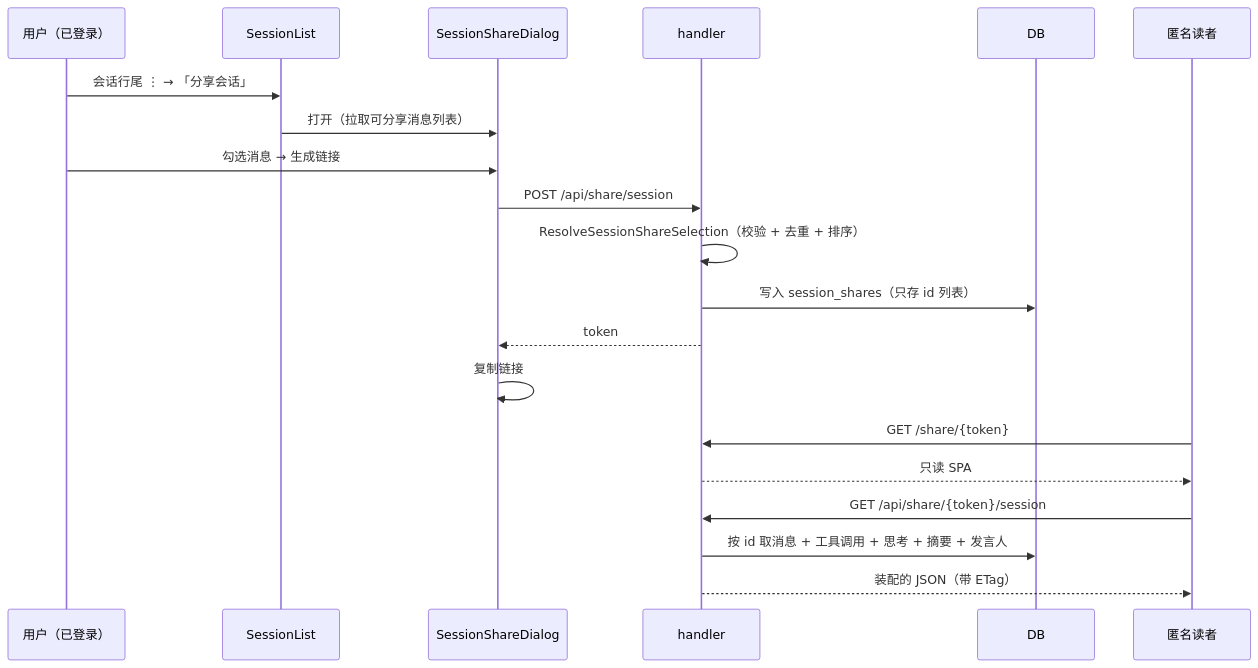
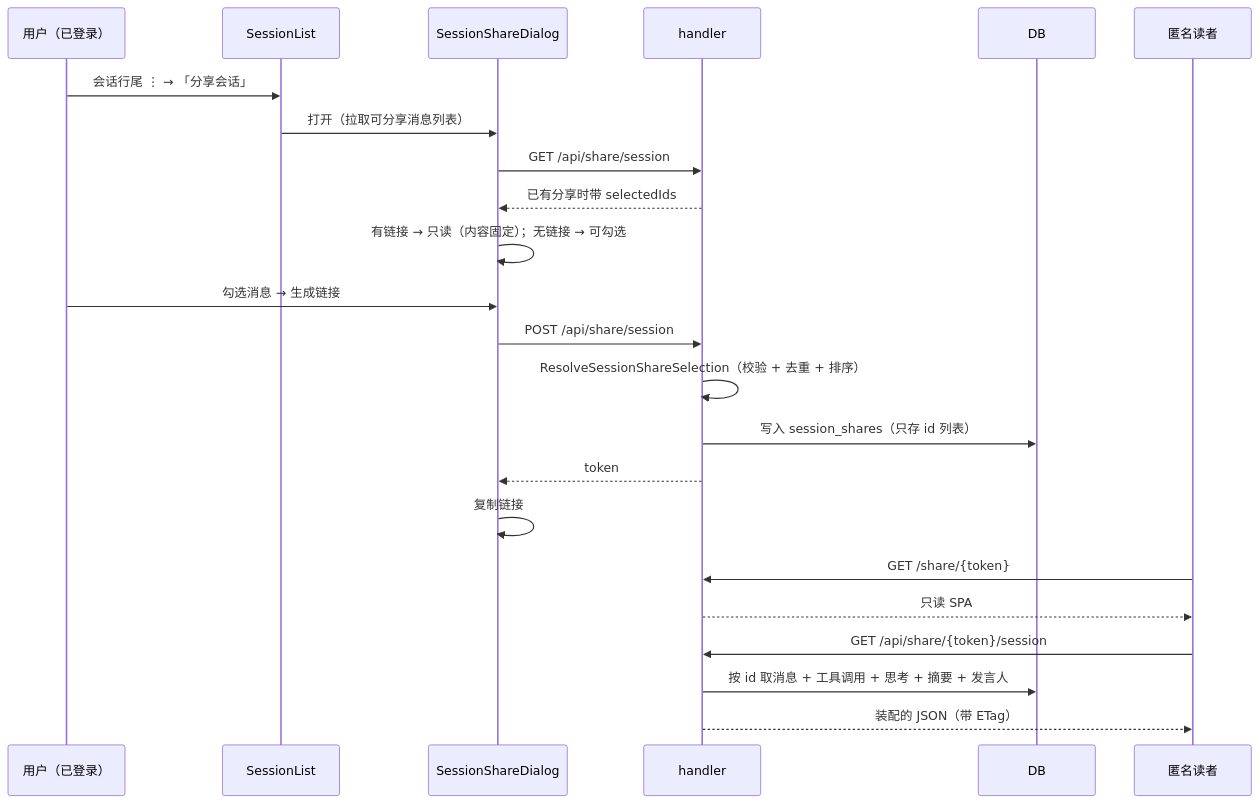
Before and after one commit to clawbench-dev/clawbench: the first of 2 diagrams in docs/spec/features/session-share.md, drawn with Mermaid. The commit also changed other lines of this file and 10 other files, not shown here.

````diff
--- a/docs/spec/features/session-share.md
+++ b/docs/spec/features/session-share.md
@@ -26,24 +26,27 @@
 ```mermaid
 sequenceDiagram
     participant 用户 as 用户（已登录）
     participant List as SessionList
     participant Dialog as SessionShareDialog
     participant handler
     participant DB
     participant 读者 as 匿名读者
 
     用户->>List: 会话行尾 ⋮ → 「分享会话」
     List->>Dialog: 打开（拉取可分享消息列表）
+    Dialog->>handler: GET /api/share/session
+    handler-->>Dialog: 已有分享时带 selectedIds
+    Dialog->>Dialog: 有链接 → 只读（内容固定）；无链接 → 可勾选
     用户->>Dialog: 勾选消息 → 生成链接
     Dialog->>handler: POST /api/share/session
     handler->>handler: ResolveSessionShareSelection（校验 + 去重 + 排序）
     handler->>DB: 写入 session_shares（只存 id 列表）
     handler-->>Dialog: token
     Dialog->>Dialog: 复制链接
 
     读者->>handler: GET /share/{token}
     handler-->>读者: 只读 SPA
     读者->>handler: GET /api/share/{token}/session
     handler->>DB: 按 id 取消息 + 工具调用 + 思考 + 摘要 + 发言人
     handler-->>读者: 装配的 JSON（带 ETag）
 ```
````
